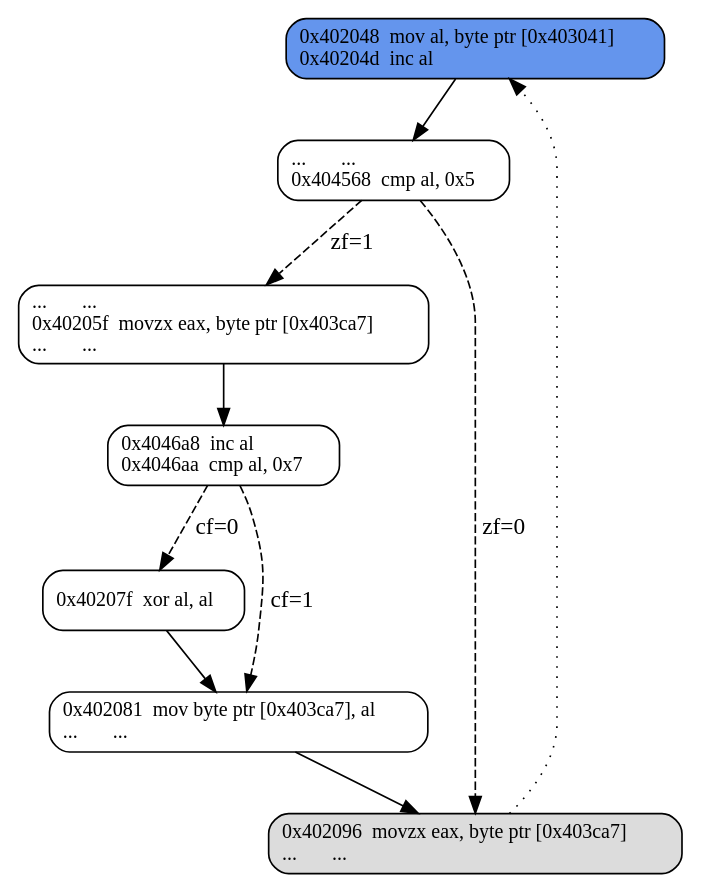
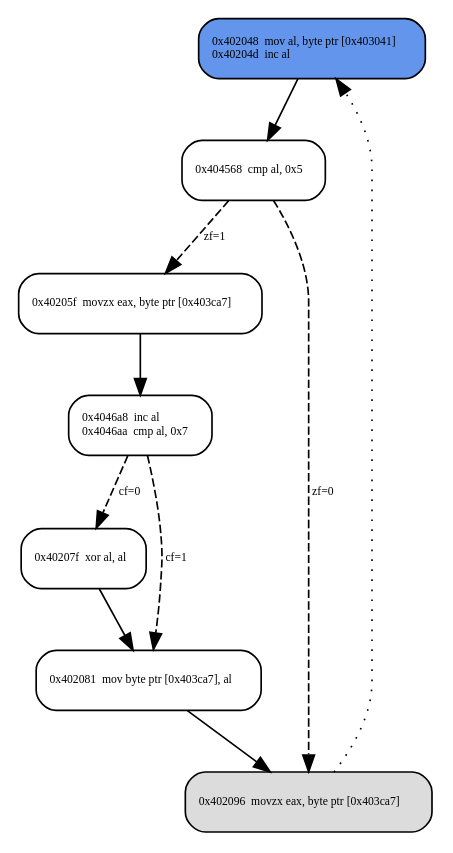
One commit to tathanhdinh/write-ups changed the diagram in F4b_XOR_W4kfu_GreHack2015_part2/images/f4b_opcode_table_slice.dot. Above: the diagram before and after it, drawn with Graphviz. The commit also changed 10 other files, not shown here.

```diff
--- a/F4b_XOR_W4kfu_GreHack2015_part2/images/f4b_opcode_table_slice.dot
+++ b/F4b_XOR_W4kfu_GreHack2015_part2/images/f4b_opcode_table_slice.dot
@@ -1,53 +1,53 @@
 digraph G {
   0 [
     fontname="Source Code Pro",
-    fontsize=12, shape=box, style="rounded,filled", fillcolor=cornflowerblue,
+    fontsize=7, shape=box, style="rounded,filled", fillcolor=cornflowerblue,
     label="0x402048  mov al, byte ptr [0x403041]\l0x40204d  inc al\l"
   ];
 
   1 [
     fontname="Source Code Pro",
-    fontsize=12, shape=box, style=rounded,
-    label="...       ...\l0x404568  cmp al, 0x5\l"
+    fontsize=7, shape=box, style=rounded,
+    label="0x404568  cmp al, 0x5\l"
   ];
 
   2 [
     fontname="Source Code Pro",
-    fontsize=12, shape=box, style=rounded,
-    label="...       ...\l0x40205f  movzx eax, byte ptr [0x403ca7]\l...       ...\l"
+    fontsize=7, shape=box, style=rounded,
+    label="0x40205f  movzx eax, byte ptr [0x403ca7]\l"
   ];
 
   3 [
     fontname="Source Code Pro",
-    fontsize=12, shape=box, style=rounded,
+    fontsize=7, shape=box, style=rounded,
     label="0x4046a8  inc al\l0x4046aa  cmp al, 0x7\l"
   ];
 
   4 [
     fontname="Source Code Pro",
-    fontsize=12, shape=box, style=rounded,
+    fontsize=7, shape=box, style=rounded,
     label="0x40207f  xor al, al\l"
   ];
 
   5 [
     fontname="Source Code Pro",
-    fontsize=12, shape=box, style=rounded,
-    label="0x402081  mov byte ptr [0x403ca7], al\l...       ...\l"
+    fontsize=7, shape=box, style=rounded,
+    label="0x402081  mov byte ptr [0x403ca7], al\l"
   ]
 
   6 [
     fontname="Source Code Pro",
-    fontsize=12, shape=box, style="rounded,filled", fillcolor=gainsboro,
-    label="0x402096  movzx eax, byte ptr [0x403ca7]\l...       ...\l"
+    fontsize=7, shape=box, style="rounded,filled", fillcolor=gainsboro,
+    label="0x402096  movzx eax, byte ptr [0x403ca7]\l"
   ]
 
-  0 -> 1 [label="", style="solid"];
-  1 -> 2 [label="zf=1", style="dashed"];
-  1 -> 6 [label="zf=0", style="dashed"];
-  2 -> 3 [label="", style="solid"];
-  3 -> 4 [label="cf=0", style="dashed"];
-  3 -> 5 [label="cf=1", style="dashed"];
-  4 -> 5 [label="", style="solid"];
-  5 -> 6 [label="", style="solid"];
-  6 -> 0 [label="", style="dotted"];
+  0 -> 1 [fontsize=7, label="", style="solid"];
+  1 -> 2 [fontsize=7, label="zf=1", style="dashed"];
+  1 -> 6 [fontsize=7, label="zf=0", style="dashed"];
+  2 -> 3 [fontsize=7, label="", style="solid"];
+  3 -> 4 [fontsize=7, label="cf=0", style="dashed"];
+  3 -> 5 [fontsize=7, label="cf=1", style="dashed"];
+  4 -> 5 [fontsize=7, label="", style="solid"];
+  5 -> 6 [fontsize=7, label="", style="solid"];
+  6 -> 0 [fontsize=7, label="", style="dotted"];
 }
```
